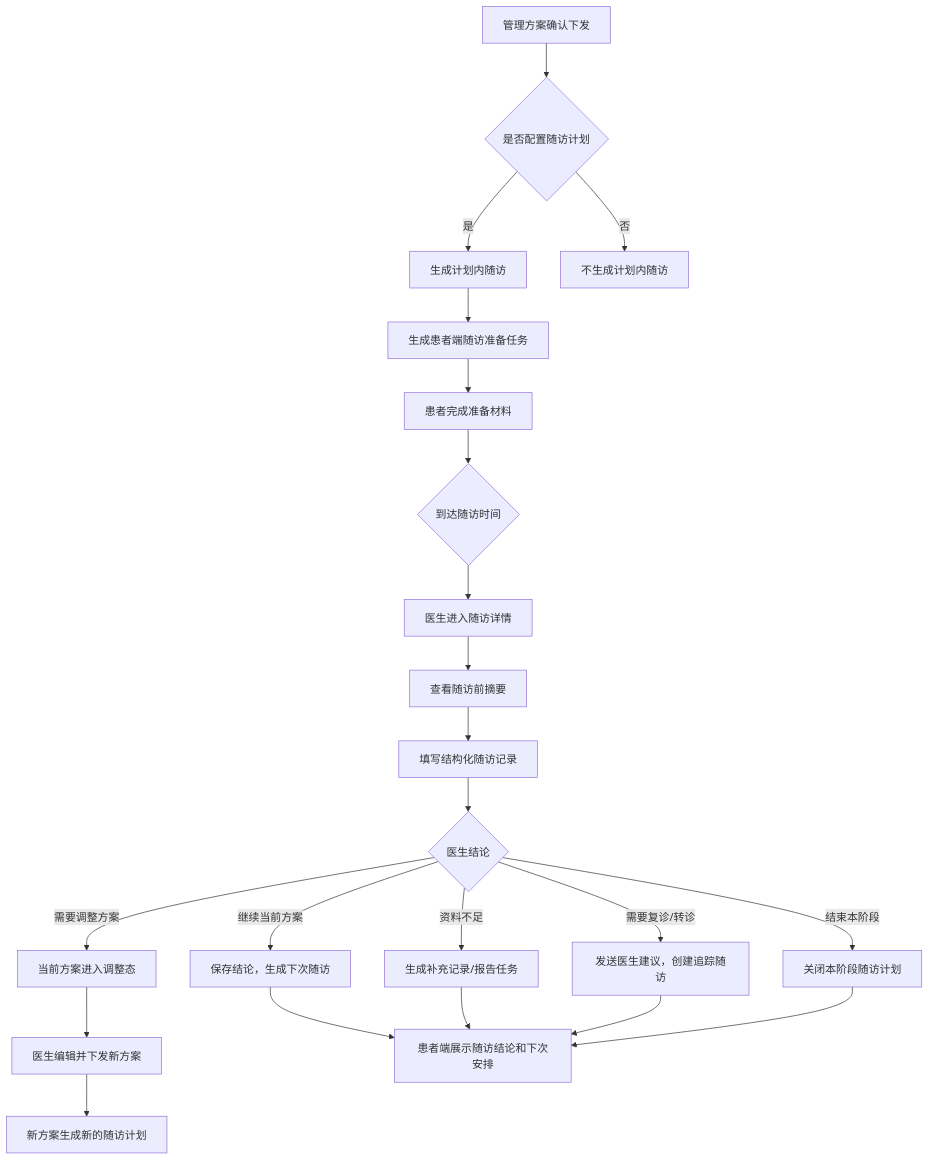
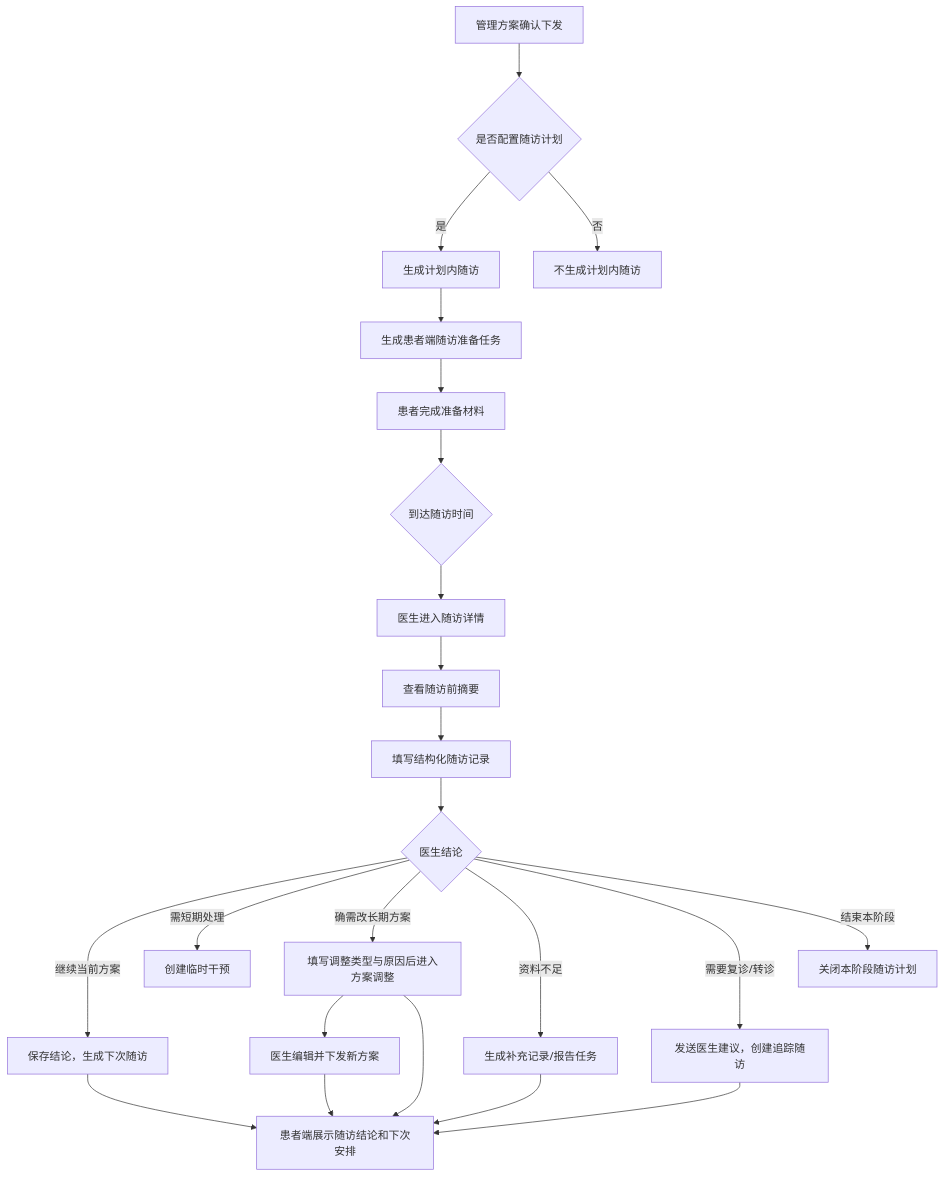
One commit to supersuperman666/twin changed the fifth of 7 diagrams in docs/医生PC端PRD.md. Above: the diagram before and after it, drawn with Mermaid. The commit also changed other lines of this file and 17 other files, not shown here.

````diff
--- a/docs/医生PC端PRD.md
+++ b/docs/医生PC端PRD.md
@@ -2251,29 +2259,30 @@
 ```mermaid
 flowchart TD
   A["管理方案确认下发"] --> B{"是否配置随访计划"}
   B -->|是| C["生成计划内随访"]
   B -->|否| D["不生成计划内随访"]
 
   C --> E["生成患者端随访准备任务"]
   E --> F["患者完成准备材料"]
   F --> G{"到达随访时间"}
 
   G --> H["医生进入随访详情"]
   H --> I["查看随访前摘要"]
   I --> J["填写结构化随访记录"]
 
   J --> K{"医生结论"}
   K -->|继续当前方案| L["保存结论，生成下次随访"]
-  K -->|需要调整方案| M["当前方案进入调整态"]
-  K -->|资料不足| N["生成补充记录/报告任务"]
-  K -->|需要复诊/转诊| O["发送医生建议，创建追踪随访"]
-  K -->|结束本阶段| P["关闭本阶段随访计划"]
+  K -->|需短期处理| M["创建临时干预"]
+  K -->|确需改长期方案| N["填写调整类型与原因后进入方案调整"]
+  K -->|资料不足| O["生成补充记录/报告任务"]
+  K -->|需要复诊/转诊| P["发送医生建议，创建追踪随访"]
+  K -->|结束本阶段| Q["关闭本阶段随访计划"]
 
-  M --> Q["医生编辑并下发新方案"]
-  Q --> R["新方案生成新的随访计划"]
+  N --> R["医生编辑并下发新方案"]
+  R --> S["新方案生成新的随访计划"]
 
   L --> S["患者端展示随访结论和下次安排"]
   N --> S
   O --> S
   P --> S
 ```
````
